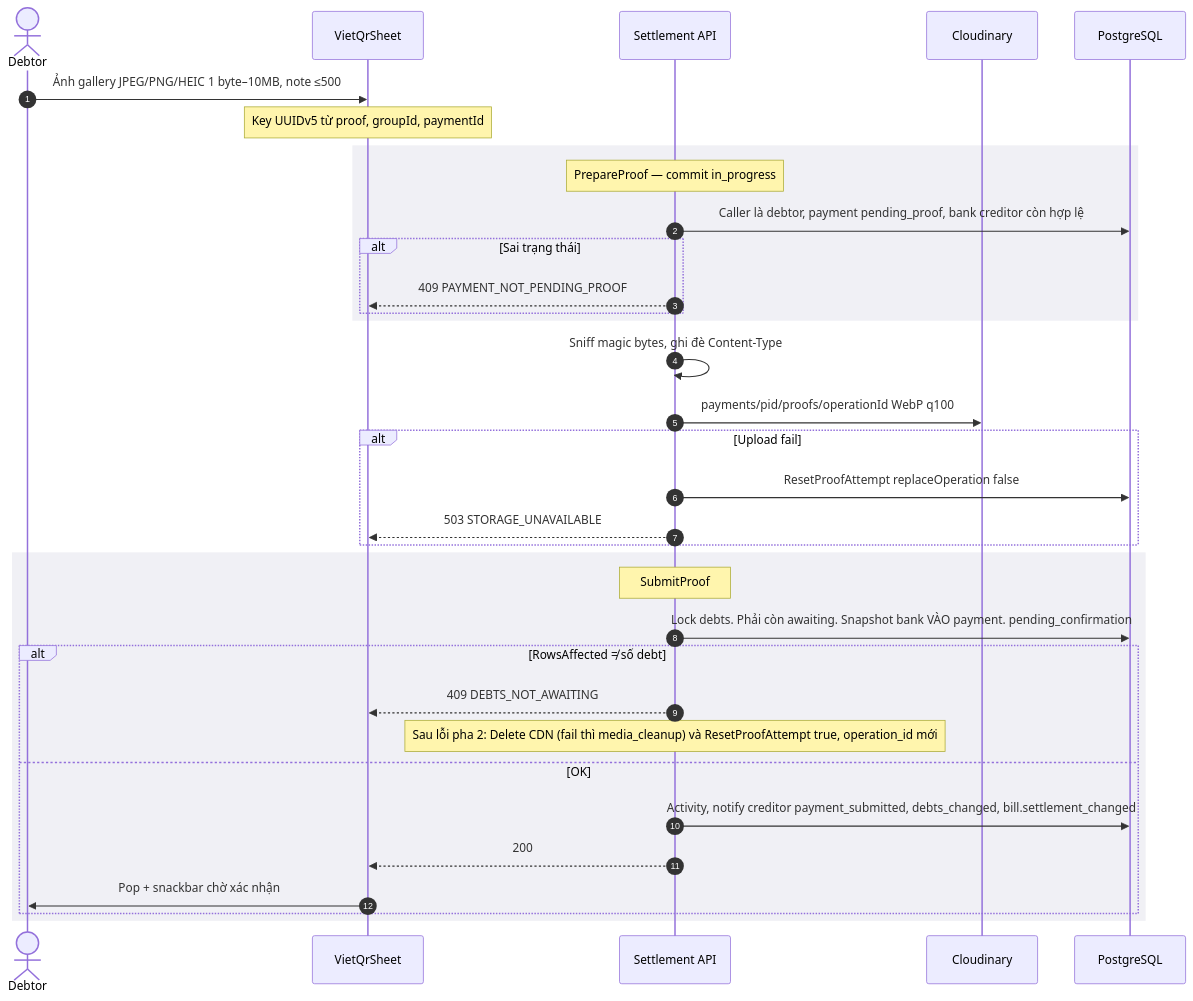
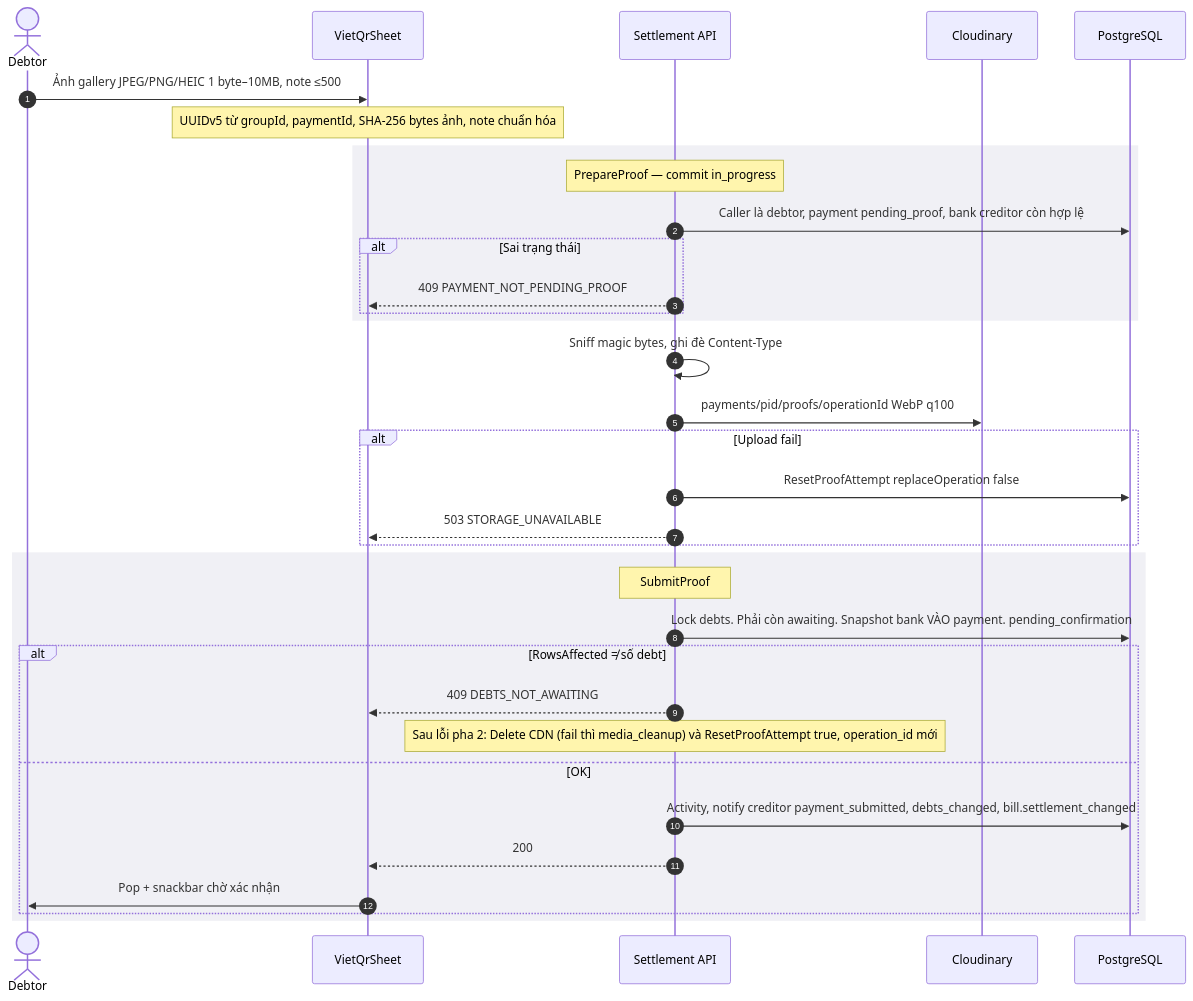
One commit to FintechVSF-Tranning/PaySplit-RP changed the third of 8 diagrams in flow/04-settlement.md. Above: the diagram before and after it, drawn with Mermaid. The commit also changed other lines of this file and 11 other files, not shown here.

First line of the commit message:
docs: Update flow documentation and reports for synchronization on 06/09/2026

````diff
--- a/flow/04-settlement.md
+++ b/flow/04-settlement.md
@@ -162,39 +164,39 @@
 ```mermaid
 sequenceDiagram
     autonumber
     actor U as Debtor
     participant FE as VietQrSheet
     participant BE as Settlement API
     participant CDN as Cloudinary
     participant DB as PostgreSQL
 
     U->>FE: Ảnh gallery JPEG/PNG/HEIC 1 byte–10MB, note ≤500
-    Note over FE: Key UUIDv5 từ proof, groupId, paymentId
+    Note over FE: UUIDv5 từ groupId, paymentId, SHA-256 bytes ảnh, note chuẩn hóa
 
     rect rgb(240,240,245)
         Note over BE: PrepareProof — commit in_progress
         BE->>DB: Caller là debtor, payment pending_proof, bank creditor còn hợp lệ
         alt Sai trạng thái
             BE-->>FE: 409 PAYMENT_NOT_PENDING_PROOF
         end
     end
     BE->>BE: Sniff magic bytes, ghi đè Content-Type
     BE->>CDN: payments/pid/proofs/operationId WebP q100
     alt Upload fail
         BE->>DB: ResetProofAttempt replaceOperation false
         BE-->>FE: 503 STORAGE_UNAVAILABLE
     end
 
     rect rgb(240,240,245)
         Note over BE: SubmitProof
         BE->>DB: Lock debts. Phải còn awaiting. Snapshot bank VÀO payment. pending_confirmation
         alt RowsAffected ≠ số debt
             BE-->>FE: 409 DEBTS_NOT_AWAITING
             Note over BE: Sau lỗi pha 2: Delete CDN (fail thì media_cleanup) và ResetProofAttempt true, operation_id mới
         else OK
             BE->>DB: Activity, notify creditor payment_submitted, debts_changed, bill.settlement_changed
             BE-->>FE: 200
             FE->>U: Pop + snackbar chờ xác nhận
         end
     end
 ```
````
